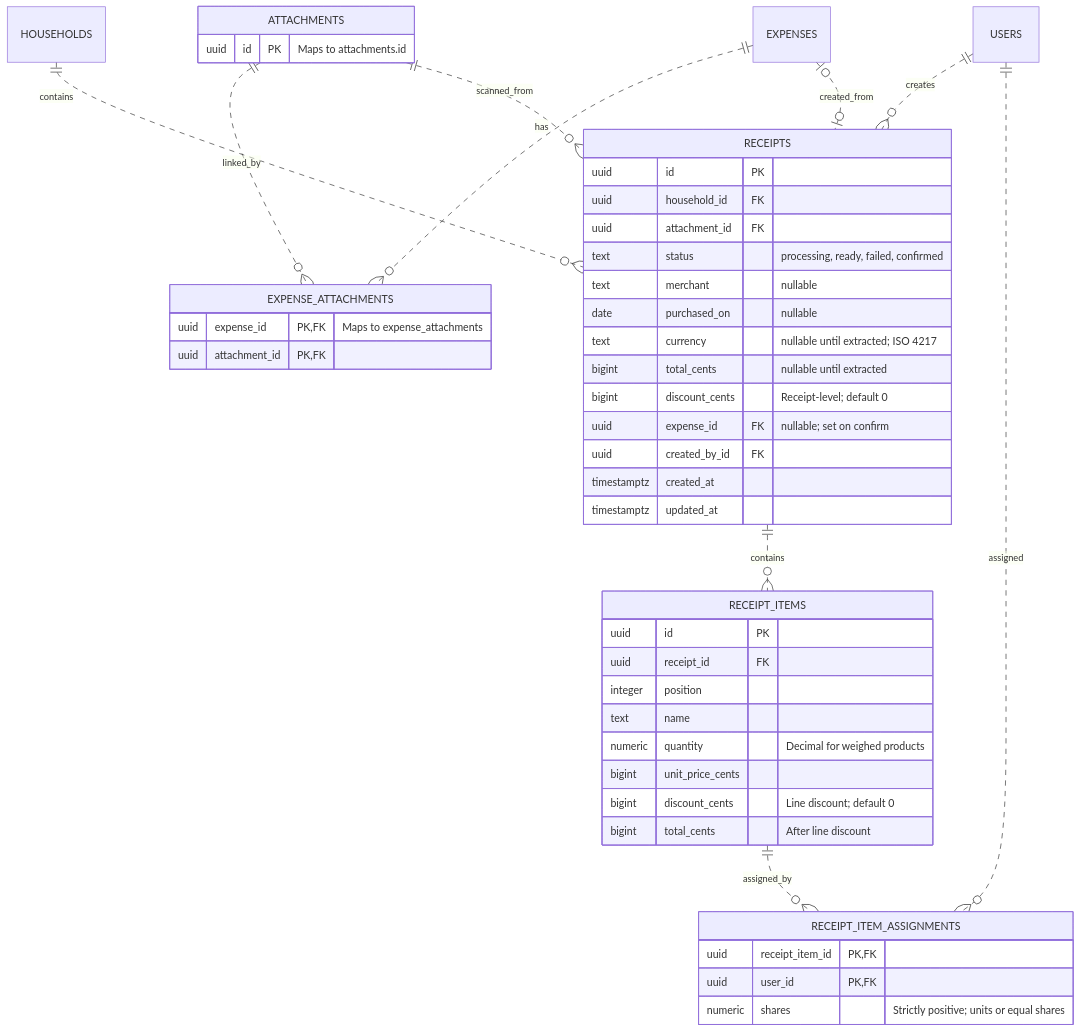
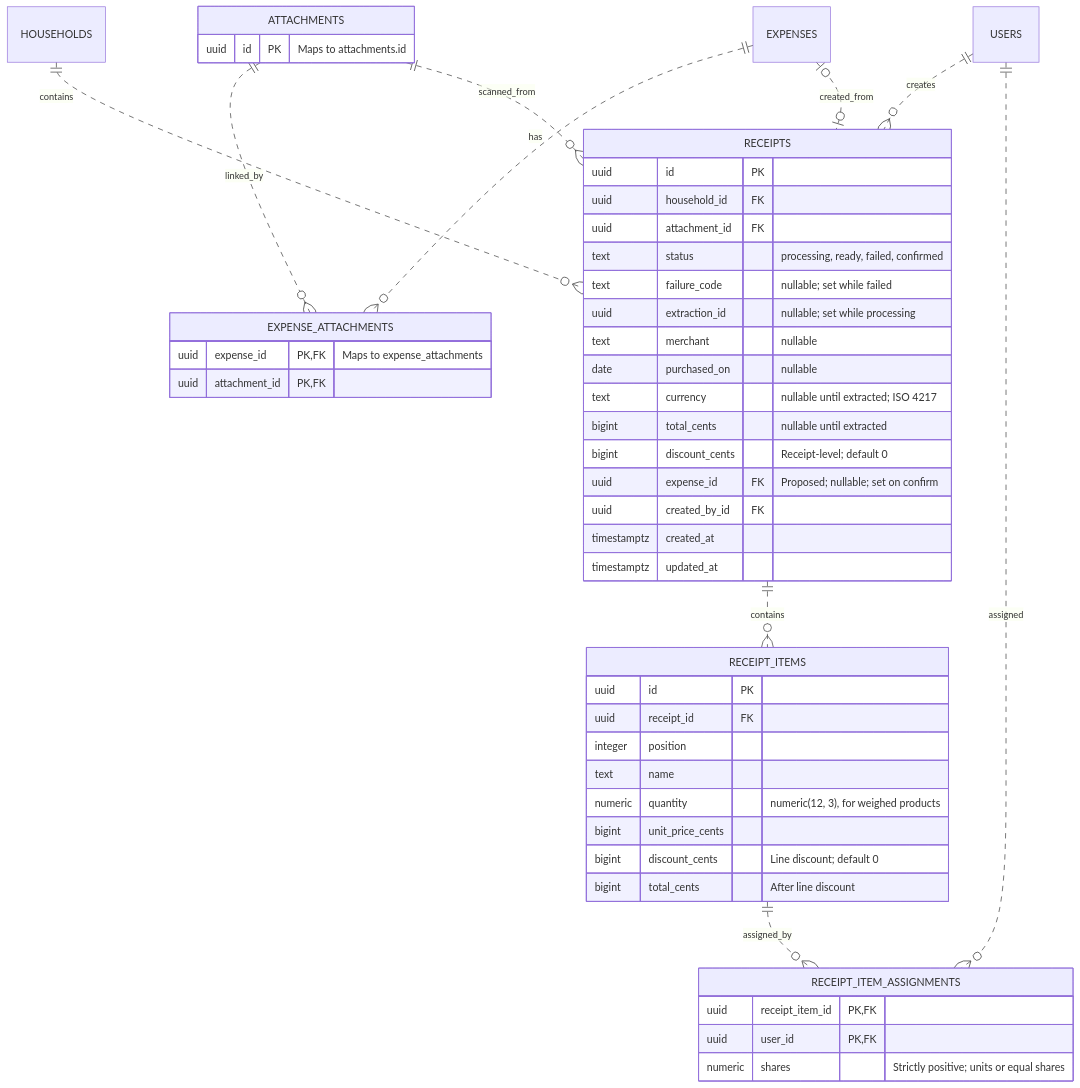
Before and after one commit to diffiii/homesplit: the third of 3 diagrams in docs/database-schema.md, drawn with Mermaid. The commit also changed other lines of this file and 35 other files, not shown here.

````diff
--- a/docs/database-schema.md
+++ b/docs/database-schema.md
@@ -390,54 +390,56 @@
 ```mermaid
 erDiagram
     ATTACHMENTS {
         uuid id PK "Maps to attachments.id"
     }
 
     EXPENSE_ATTACHMENTS {
         uuid expense_id PK,FK "Maps to expense_attachments"
         uuid attachment_id PK,FK
     }
 
     RECEIPTS {
         uuid id PK
         uuid household_id FK
         uuid attachment_id FK
         text status "processing, ready, failed, confirmed"
+        text failure_code "nullable; set while failed"
+        uuid extraction_id "nullable; set while processing"
         text merchant "nullable"
         date purchased_on "nullable"
         text currency "nullable until extracted; ISO 4217"
         bigint total_cents "nullable until extracted"
         bigint discount_cents "Receipt-level; default 0"
-        uuid expense_id FK "nullable; set on confirm"
+        uuid expense_id FK "Proposed; nullable; set on confirm"
         uuid created_by_id FK
         timestamptz created_at
         timestamptz updated_at
     }
 
     RECEIPT_ITEMS {
         uuid id PK
         uuid receipt_id FK
         integer position
         text name
-        numeric quantity "Decimal for weighed products"
+        numeric quantity "numeric(12, 3), for weighed products"
         bigint unit_price_cents
         bigint discount_cents "Line discount; default 0"
         bigint total_cents "After line discount"
     }
 
     RECEIPT_ITEM_ASSIGNMENTS {
         uuid receipt_item_id PK,FK
         uuid user_id PK,FK
         numeric shares "Strictly positive; units or equal shares"
     }
 
     HOUSEHOLDS ||..o{ RECEIPTS : contains
     USERS ||..o{ RECEIPTS : creates
     EXPENSES ||..o{ EXPENSE_ATTACHMENTS : has
     ATTACHMENTS ||..o{ EXPENSE_ATTACHMENTS : linked_by
     ATTACHMENTS ||..o{ RECEIPTS : scanned_from
     EXPENSES |o..o| RECEIPTS : created_from
     RECEIPTS ||..o{ RECEIPT_ITEMS : contains
     RECEIPT_ITEMS ||..o{ RECEIPT_ITEM_ASSIGNMENTS : assigned_by
     USERS ||..o{ RECEIPT_ITEM_ASSIGNMENTS : assigned
 ```
````
